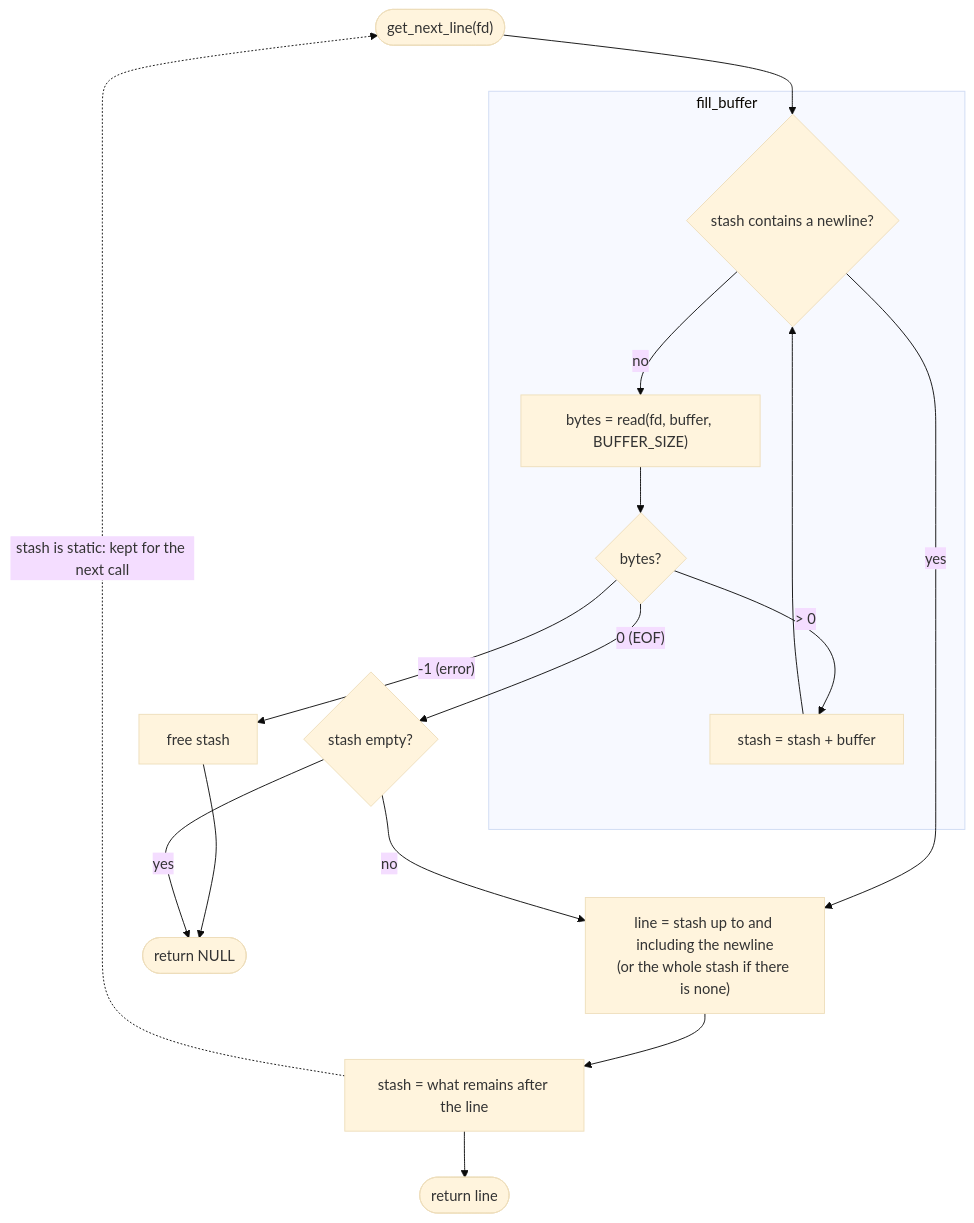
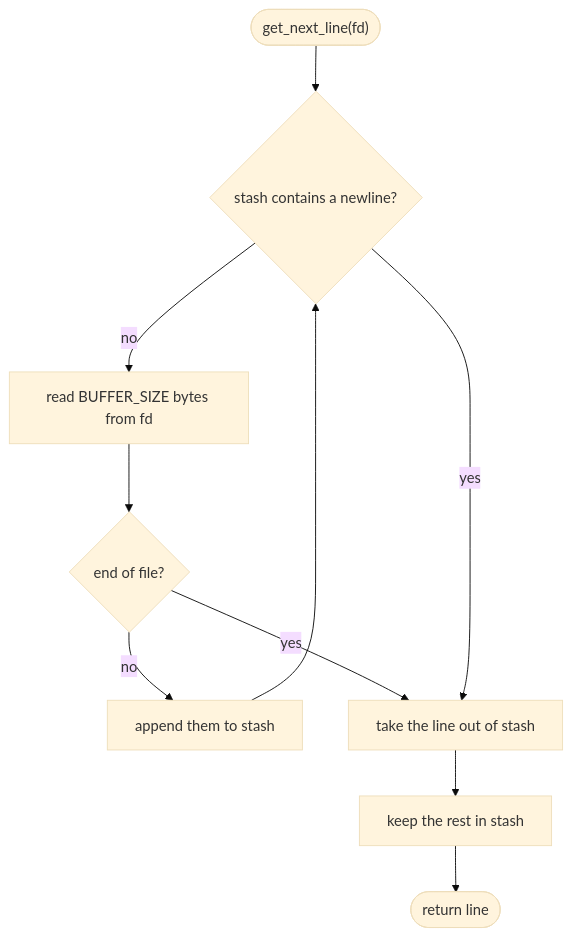
Before and after one commit to zivoxRoot/ft_get_next_line: the diagram in README.md, drawn with Mermaid (base theme).

````diff
--- a/README.md
+++ b/README.md
@@ -53,31 +53,18 @@
 ```mermaid
 flowchart TD
 	start(["get_next_line(fd)"])
-
-	subgraph fill_buffer
-		check{"stash contains a newline?"}
-		read["bytes = read(fd, buffer, BUFFER_SIZE)"]
-		status{"bytes?"}
-		join["stash = stash + buffer"]
-	end
-
-	empty{"stash empty?"}
-	extract["line = stash up to and including the newline<br/>(or the whole stash if there is none)"]
-	keep["stash = what remains after the line"]
-	free_err["free stash"]
+	check{"stash contains a newline?"}
+	read["read BUFFER_SIZE bytes from fd"]
+	join["append them to stash"]
+	eof{"end of file?"}
+	extract["take the line out of stash"]
+	keep["keep the rest in stash"]
 	ret(["return line"])
-	null(["return NULL"])
 
 	start --> check
-	check -- no --> read
-	read --> status
-	status -- "> 0" --> join
-	join --> check
-	status -- "0 (EOF)" --> empty
-	status -- "-1 (error)" --> free_err --> null
+	check -- no --> read --> eof
+	eof -- no --> join --> check
+	eof -- yes --> extract
 	check -- yes --> extract
-	empty -- yes --> null
-	empty -- no --> extract
 	extract --> keep --> ret
-	keep -. "stash is static: kept for the next call" .-> start
 ```
````
